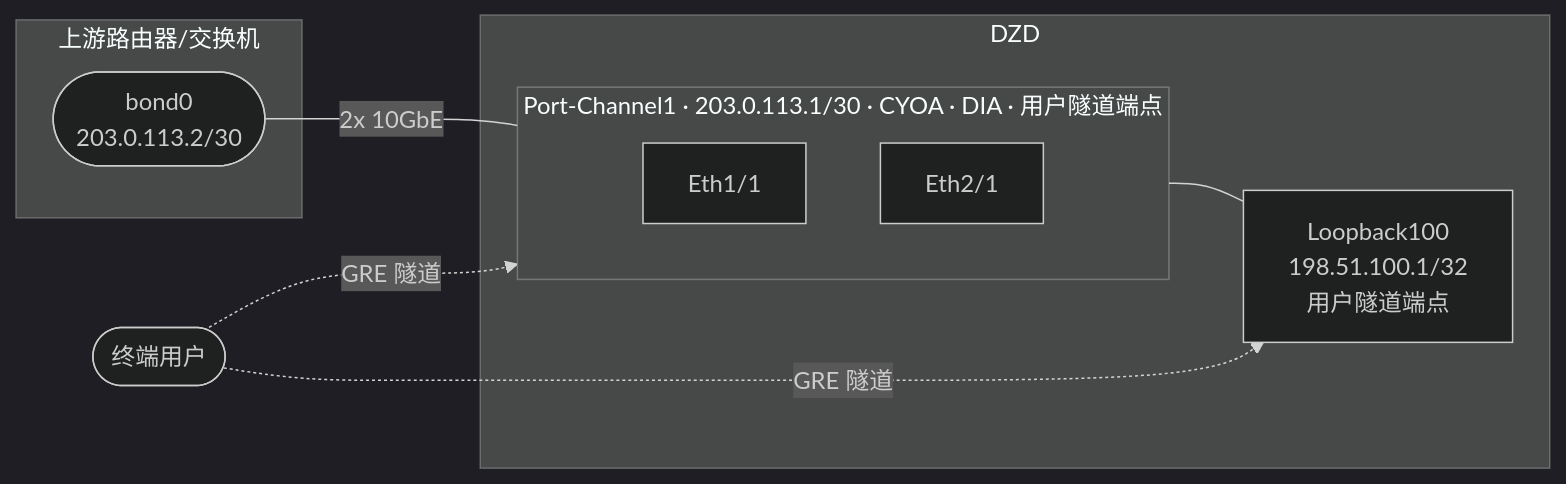
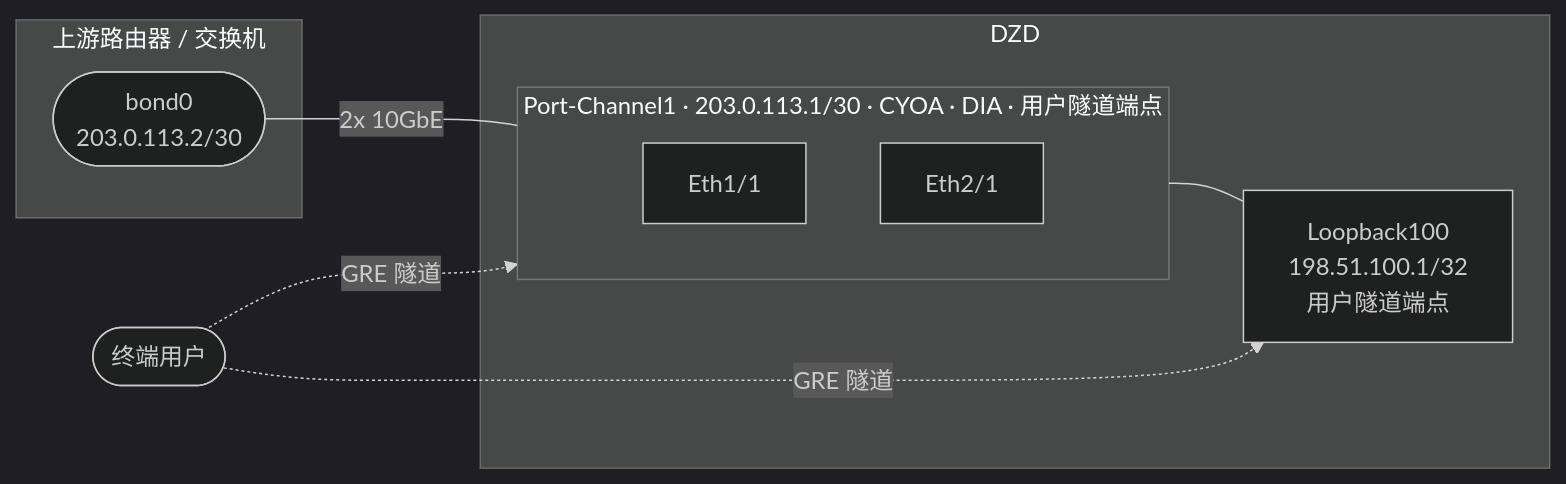
The ninth of 13 diagrams in docs/contribute-provisioning.zh.md (malbeclabs/docs), drawn with Mermaid (dark theme) before and after one commit. The commit also changed other lines of this file and 130 other files, not shown here.

````diff
--- a/docs/contribute-provisioning.zh.md
+++ b/docs/contribute-provisioning.zh.md
@@ -507,23 +507,23 @@
 ```mermaid
 flowchart LR
     USERS(["终端用户"])
 
-    subgraph SW["上游路由器/交换机"]
+    subgraph SW["上游路由器 / 交换机"]
         SWPC(["bond0
         203.0.113.2/30"])
     end
 
     subgraph DZD["DZD"]
         subgraph PC["Port-Channel1 · 203.0.113.1/30 · CYOA · DIA · 用户隧道端点"]
             E1["Eth1/1"]
             E2["Eth2/1"]
         end
         LO["Loopback100
         198.51.100.1/32\n        用户隧道端点"]
         PC --- LO
     end
 
     SWPC -- "2x 10GbE" --- PC
     USERS -. "GRE 隧道" .-> PC
     USERS -. "GRE 隧道" .-> LO
 ```
````
